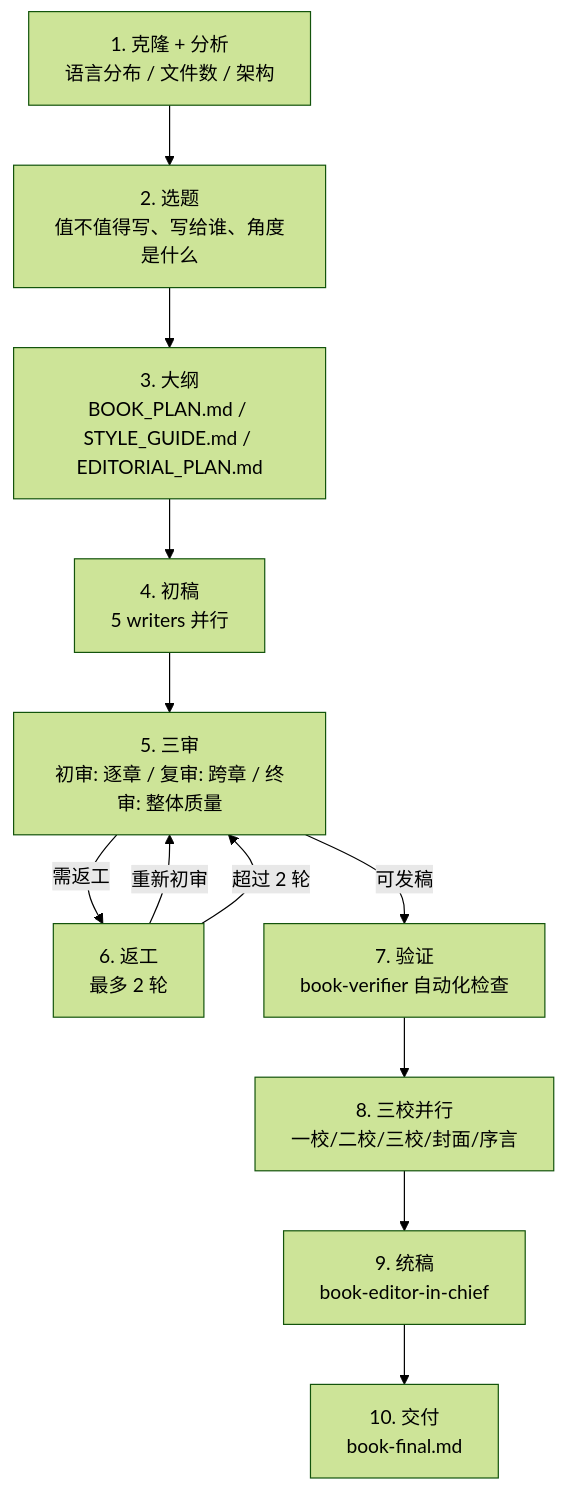
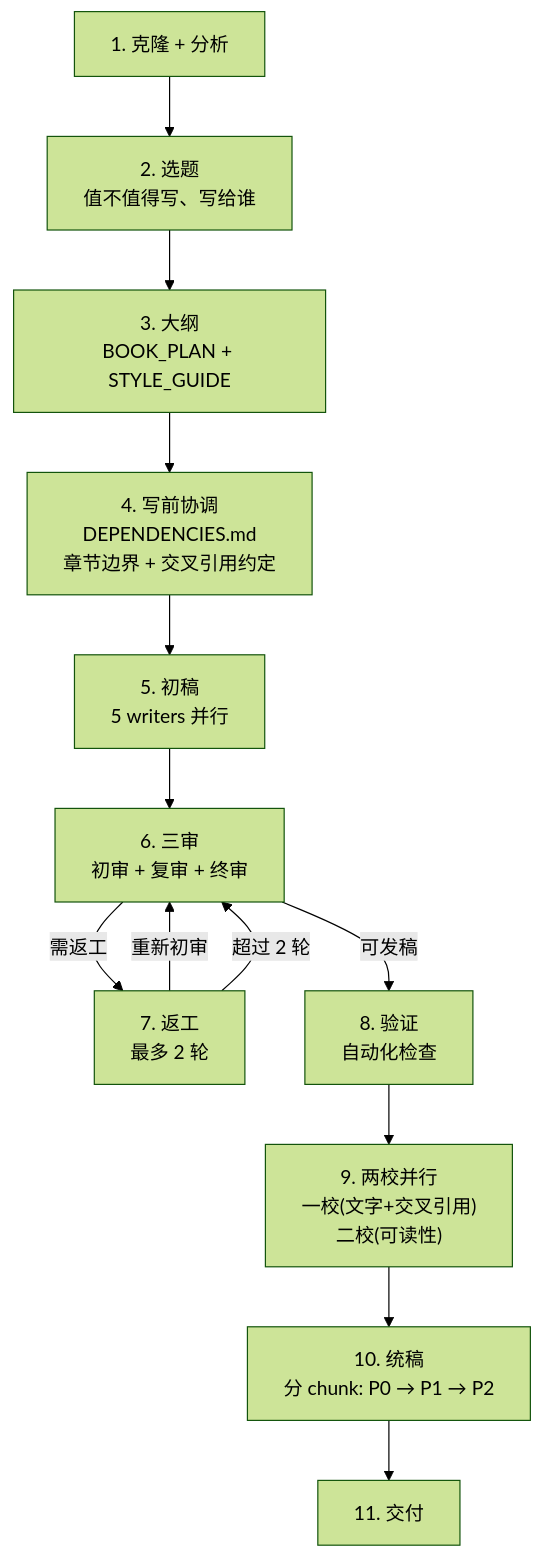
Before and after one commit to AngusFu/tech-insider: the diagram in README.md, drawn with Mermaid (forest theme). The commit also changed other lines of this file and 3 other files, not shown here.

````diff
--- a/README.md
+++ b/README.md
@@ -89,20 +89,21 @@
 ```mermaid
 flowchart TD
-    S1["1. 克隆 + 分析<br/>语言分布 / 文件数 / 架构"]
-    S2["2. 选题<br/>值不值得写、写给谁、角度是什么"]
-    S3["3. 大纲<br/>BOOK_PLAN.md / STYLE_GUIDE.md / EDITORIAL_PLAN.md"]
-    S4["4. 初稿<br/>5 writers 并行"]
-    S5["5. 三审<br/>初审: 逐章 / 复审: 跨章 / 终审: 整体质量"]
-    S6["6. 返工<br/>最多 2 轮"]
-    S7["7. 验证<br/>book-verifier 自动化检查"]
-    S8["8. 三校并行<br/>一校/二校/三校/封面/序言"]
-    S9["9. 统稿<br/>book-editor-in-chief"]
-    S10["10. 交付<br/>book-final.md"]
+    S1["1. 克隆 + 分析"]
+    S2["2. 选题<br/>值不值得写、写给谁"]
+    S3["3. 大纲<br/>BOOK_PLAN + STYLE_GUIDE"]
+    S4["4. 写前协调<br/>DEPENDENCIES.md<br/>章节边界 + 交叉引用约定"]
+    S5["5. 初稿<br/>5 writers 并行"]
+    S6["6. 三审<br/>初审 + 复审 + 终审"]
+    S7["7. 返工<br/>最多 2 轮"]
+    S8["8. 验证<br/>自动化检查"]
+    S9["9. 两校并行<br/>一校(文字+交叉引用)<br/>二校(可读性)"]
+    S10["10. 统稿<br/>分 chunk: P0 → P1 → P2"]
+    S11["11. 交付"]
 
-    S1 --> S2 --> S3 --> S4 --> S5
-    S5 -->|需返工| S6
-    S5 -->|可发稿| S7
-    S6 -->|重新初审| S5
-    S6 -->|超过 2 轮| S5
-    S7 --> S8 --> S9 --> S10
+    S1 --> S2 --> S3 --> S4 --> S5 --> S6
+    S6 -->|需返工| S7
+    S6 -->|可发稿| S8
+    S7 -->|重新初审| S6
+    S7 -->|超过 2 轮| S6
+    S8 --> S9 --> S10 --> S11
 ```
````
